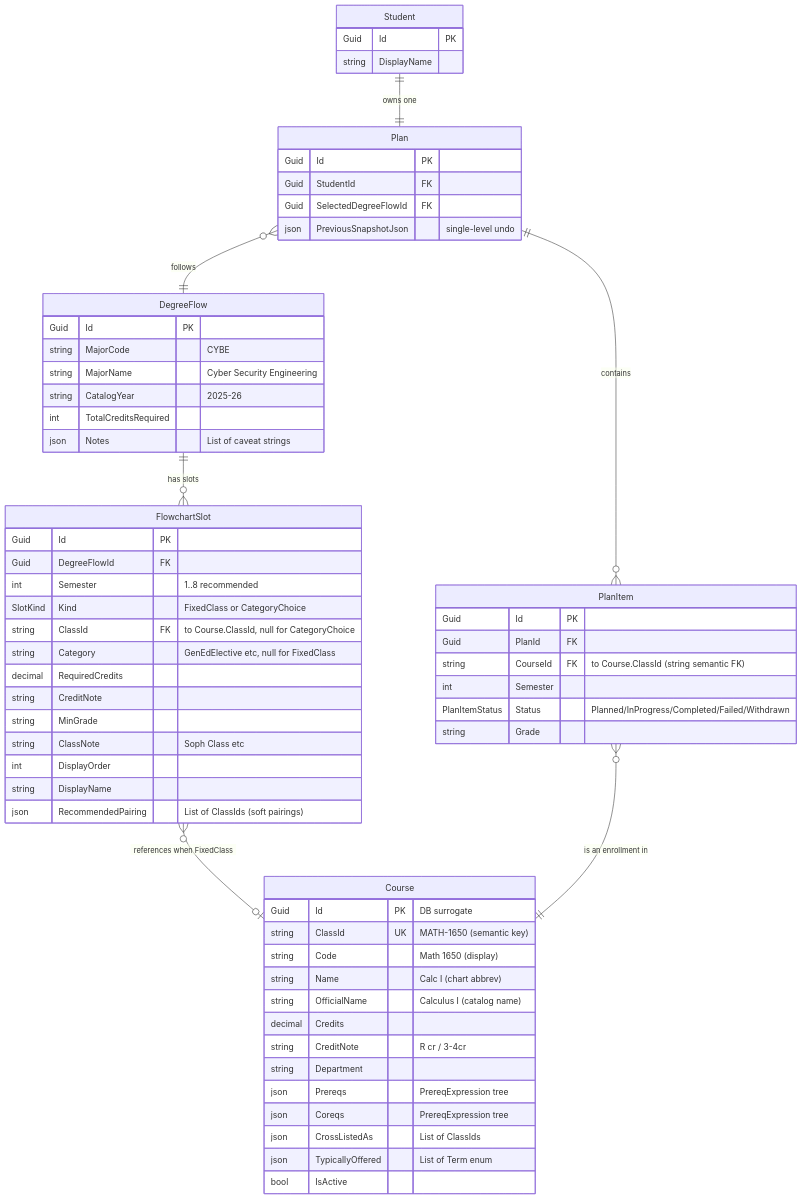
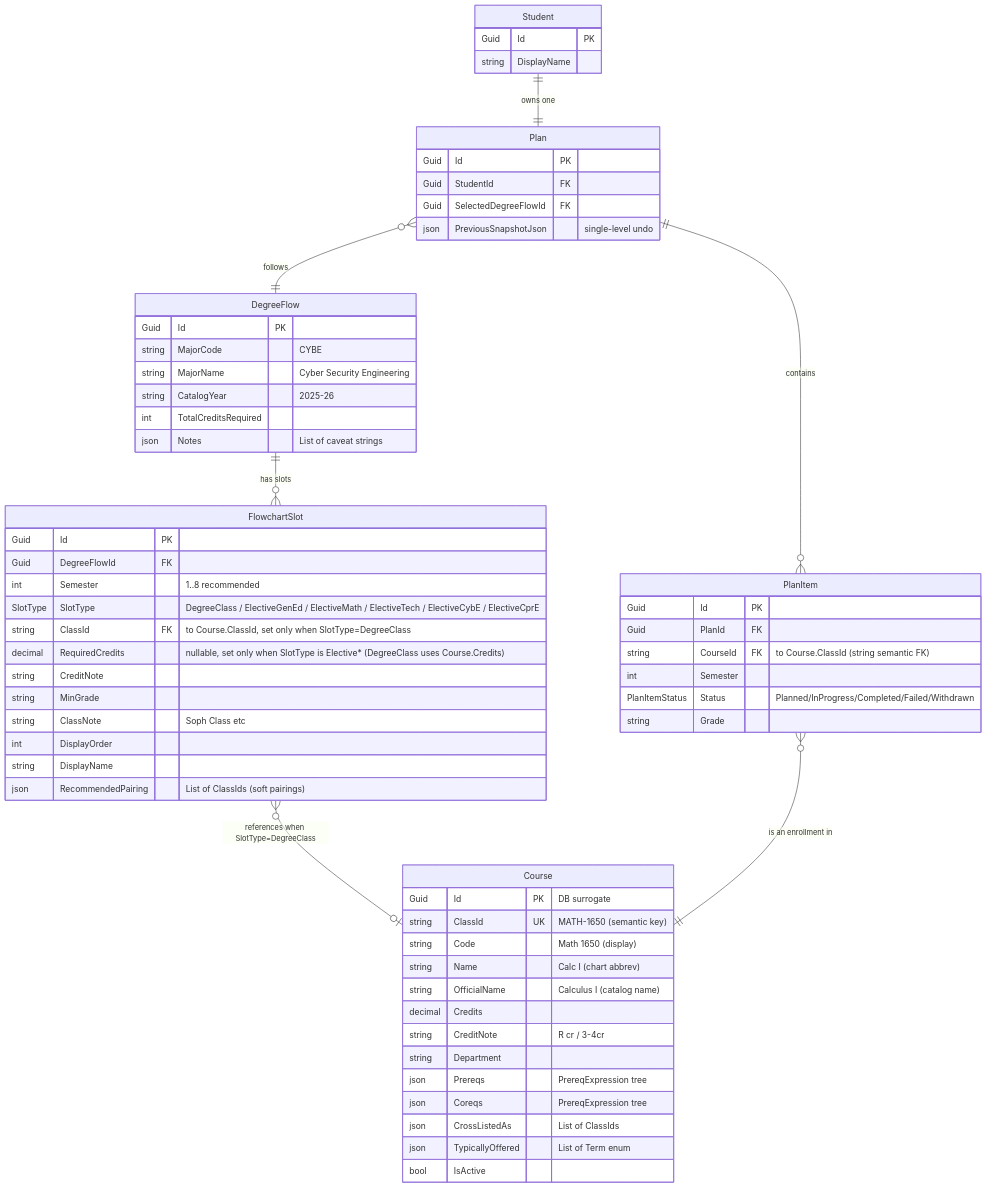
The diagram in docs/superpowers/specs/2026-05-12-isu-course-manager-design.md (jumpwake/ISUCourseManager), drawn with Mermaid before and after one commit. The commit also changed other lines of this file and 5 other files, not shown here.

First line of the commit message:
refactor(schema): collapse Kind+Category into SlotType enum; make RequiredCredits nullable

````diff
--- a/docs/superpowers/specs/2026-05-12-isu-course-manager-design.md
+++ b/docs/superpowers/specs/2026-05-12-isu-course-manager-design.md
@@ -371,71 +390,70 @@
 ```mermaid
 erDiagram
     Course {
         Guid Id PK "DB surrogate"
         string ClassId UK "MATH-1650 (semantic key)"
         string Code "Math 1650 (display)"
         string Name "Calc I (chart abbrev)"
         string OfficialName "Calculus I (catalog name)"
         decimal Credits
         string CreditNote "R cr / 3-4cr"
         string Department
         json Prereqs "PrereqExpression tree"
         json Coreqs "PrereqExpression tree"
         json CrossListedAs "List of ClassIds"
         json TypicallyOffered "List of Term enum"
         bool IsActive
     }
 
     DegreeFlow {
         Guid Id PK
         string MajorCode "CYBE"
         string MajorName "Cyber Security Engineering"
         string CatalogYear "2025-26"
         int TotalCreditsRequired
         json Notes "List of caveat strings"
     }
 
     FlowchartSlot {
         Guid Id PK
         Guid DegreeFlowId FK
         int Semester "1..8 recommended"
-        SlotKind Kind "FixedClass or CategoryChoice"
-        string ClassId FK "to Course.ClassId, null for CategoryChoice"
-        string Category "GenEdElective etc, null for FixedClass"
-        decimal RequiredCredits
+        SlotType SlotType "DegreeClass / ElectiveGenEd / ElectiveMath / ElectiveTech / ElectiveCybE / ElectiveCprE"
+        string ClassId FK "to Course.ClassId, set only when SlotType=DegreeClass"
+        decimal RequiredCredits "nullable, set only when SlotType is Elective* (DegreeClass uses Course.Credits)"
         string CreditNote
         string MinGrade
         string ClassNote "Soph Class etc"
         int DisplayOrder
         string DisplayName
         json RecommendedPairing "List of ClassIds (soft pairings)"
     }
 
     Student {
         Guid Id PK
         string DisplayName
     }
 
     Plan {
         Guid Id PK
         Guid StudentId FK
         Guid SelectedDegreeFlowId FK
         json PreviousSnapshotJson "single-level undo"
     }
 
     PlanItem {
         Guid Id PK
         Guid PlanId FK
         string CourseId FK "to Course.ClassId (string semantic FK)"
         int Semester
         PlanItemStatus Status "Planned/InProgress/Completed/Failed/Withdrawn"
         string Grade
     }
 
     DegreeFlow ||--o{ FlowchartSlot : "has slots"
-    FlowchartSlot }o--o| Course : "references when FixedClass"
+    FlowchartSlot }o--o| Course : "references when SlotType=DegreeClass"
     Student ||--|| Plan : "owns one"
     Plan }o--|| DegreeFlow : "follows"
     Plan ||--o{ PlanItem : "contains"
     PlanItem }o--|| Course : "is an enrollment in"
 ```
````
